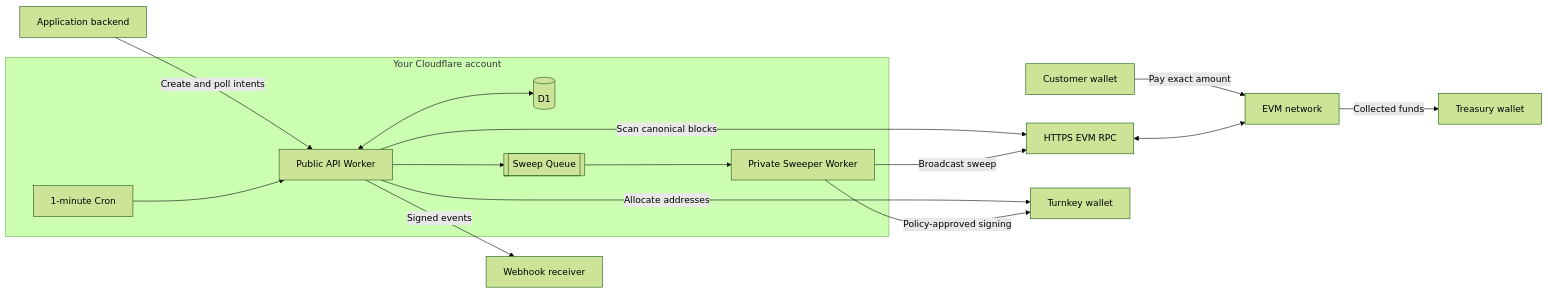
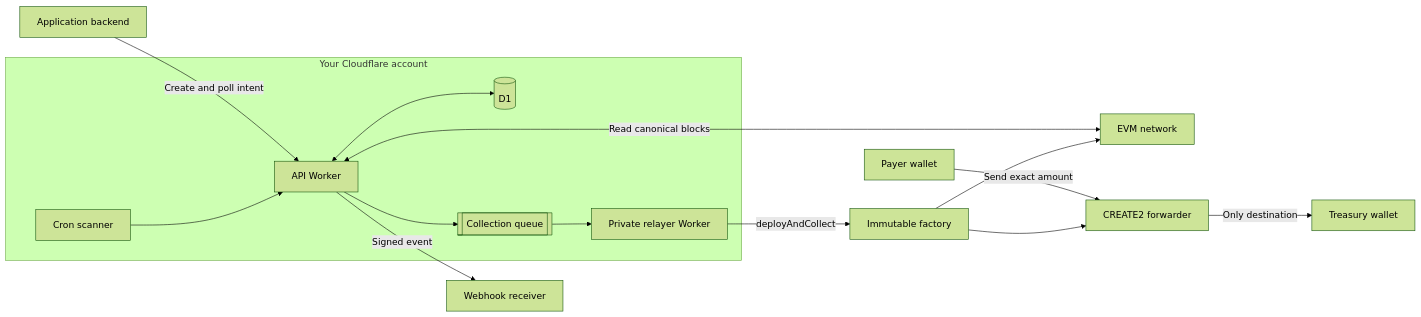
Before and after one commit to ifokeev/evm-payment-gateway: the first of 2 diagrams in README.md, drawn with Mermaid (forest theme). The commit also changed other lines of this file and 44 other files, not shown here.

First line of the commit message:
feat(collection)!: add keyless CREATE2 treasury collection

````diff
--- a/README.md
+++ b/README.md
@@ -52,31 +58,30 @@
 ```mermaid
 flowchart LR
     App["Application backend"]
-    Customer["Customer wallet"]
+    Payer["Payer wallet"]
     Webhook["Webhook receiver"]
-    RPC["HTTPS EVM RPC"]
     Chain["EVM network"]
-    Turnkey["Turnkey wallet"]
+    Factory["Immutable factory"]
+    Forwarder["CREATE2 forwarder"]
     Treasury["Treasury wallet"]
 
     subgraph CF["Your Cloudflare account"]
-        API["Public API Worker"]
+        API["API Worker"]
         DB[(D1)]
-        Cron["1-minute Cron"]
-        Queue[[Sweep Queue]]
-        Sweeper["Private Sweeper Worker"]
+        Cron["Cron scanner"]
+        Queue[[Collection queue]]
+        Relayer["Private relayer Worker"]
     end
 
-    App -->|"Create and poll intents"| API
-    API -->|"Signed events"| Webhook
+    App -->|"Create and poll intent"| API
     API <--> DB
+    API -->|"Signed event"| Webhook
     Cron --> API
-    API -->|"Allocate addresses"| Turnkey
-    API -->|"Scan canonical blocks"| RPC
-    Customer -->|"Pay exact amount"| Chain
-    RPC <--> Chain
-    API --> Queue --> Sweeper
-    Sweeper -->|"Policy-approved signing"| Turnkey
-    Sweeper -->|"Broadcast sweep"| RPC
-    Chain -->|"Collected funds"| Treasury
+    API <-->|"Read canonical blocks"| Chain
+    Payer -->|"Send exact amount"| Forwarder
+    API --> Queue --> Relayer
+    Relayer -->|"deployAndCollect"| Factory
+    Factory --> Forwarder
+    Forwarder -->|"Only destination"| Treasury
+    Factory --> Chain
 ```
````
